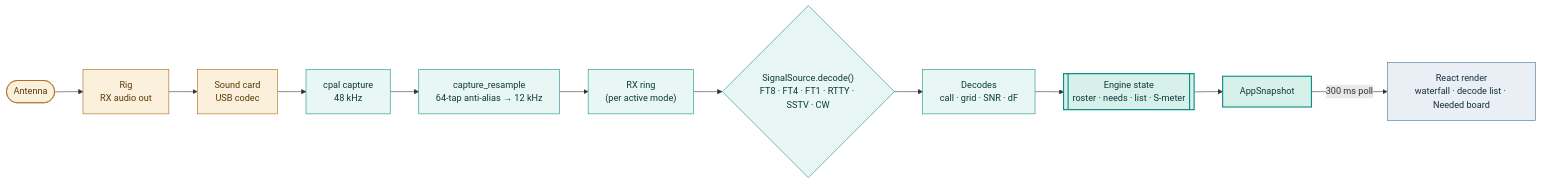
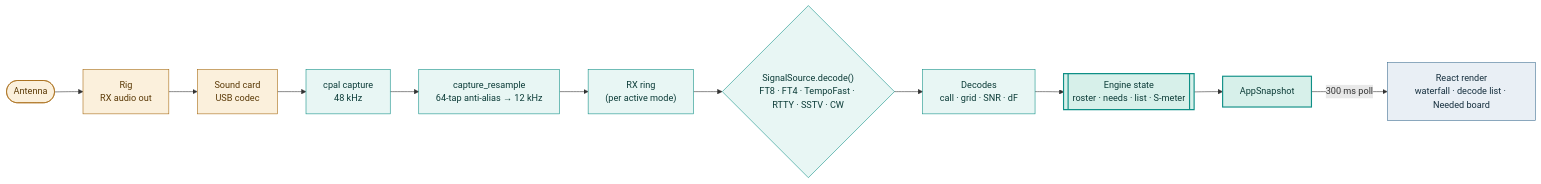
The second of 3 diagrams in docs/architecture-data-flow.md (kd9taw/Nexus), drawn with Mermaid before and after one commit. The commit also changed other lines of this file and 25 other files, not shown here.

First line of the commit message:
Docs + wiki: FT1 -> TempoFast, DX1 -> TempoDeep

````diff
--- a/docs/architecture-data-flow.md
+++ b/docs/architecture-data-flow.md
@@ -78,22 +78,22 @@
 ```mermaid
 flowchart LR
   ANT(["Antenna"]) --> RIG["Rig<br/>RX audio out"]
   RIG --> SND["Sound card<br/>USB codec"]
   SND --> CAP["cpal capture<br/>48 kHz"]
   CAP --> RES["capture_resample<br/>64-tap anti-alias → 12 kHz"]
   RES --> RING["RX ring<br/>(per active mode)"]
-  RING --> SRC{"SignalSource.decode()<br/>FT8 · FT4 · FT1 · RTTY · SSTV · CW"}
+  RING --> SRC{"SignalSource.decode()<br/>FT8 · FT4 · TempoFast · RTTY · SSTV · CW"}
   SRC --> DEC["Decodes<br/>call · grid · SNR · dF"]
   DEC --> STATE[["Engine state<br/>roster · needs · list · S-meter"]]
   STATE --> SNAP["AppSnapshot"]
   SNAP -->|"300 ms poll"| REND["React render<br/>waterfall · decode list · Needed board"]
 
   classDef ext fill:#fbf0dc,stroke:#a5670f,color:#5a3906;
   classDef dsp fill:#e8f6f4,stroke:#0e8f86,color:#0b3b37;
   classDef eng fill:#d7f0ea,stroke:#0e8f86,color:#0b3b37,stroke-width:2px;
   classDef ui fill:#e9eff5,stroke:#3f6f91,color:#17303f;
   class ANT,RIG,SND ext;
   class CAP,RES,RING,SRC,DEC dsp;
   class STATE,SNAP eng;
   class REND ui;
 ```
````
